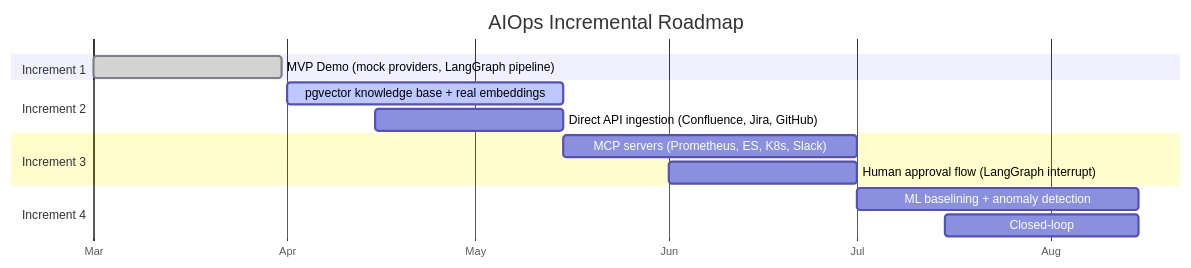
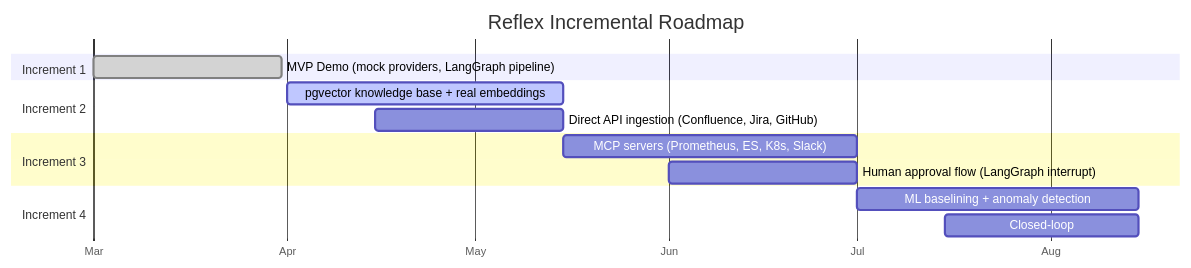
The sixth of 6 diagrams in README.md (SreeGD/reflex), drawn with Mermaid before and after one commit. The commit also changed other lines of this file and 6 other files, not shown here.

Commit message:
Rename project from AIOps to Reflex

````diff
--- a/README.md
+++ b/README.md
@@ -366,21 +366,21 @@
 ```mermaid
 gantt
-    title AIOps Incremental Roadmap
+    title Reflex Incremental Roadmap
     dateFormat YYYY-MM-DD
     axisFormat %b
 
     section Increment 1
     MVP Demo (mock providers, LangGraph pipeline)       :done,    i1, 2026-03-01, 2026-03-31
 
     section Increment 2
     pgvector knowledge base + real embeddings           :active,  i2, 2026-04-01, 2026-05-15
     Direct API ingestion (Confluence, Jira, GitHub)     :         i2b, 2026-04-15, 2026-05-15
 
     section Increment 3
     MCP servers (Prometheus, ES, K8s, Slack)             :         i3, 2026-05-15, 2026-07-01
     Human approval flow (LangGraph interrupt)            :         i3b, 2026-06-01, 2026-07-01
 
     section Increment 4
     ML baselining + anomaly detection                    :         i4, 2026-07-01, 2026-08-15
     Closed-loop: verify fix → update knowledge base      :         i4b, 2026-07-15, 2026-08-15
 ```
````
